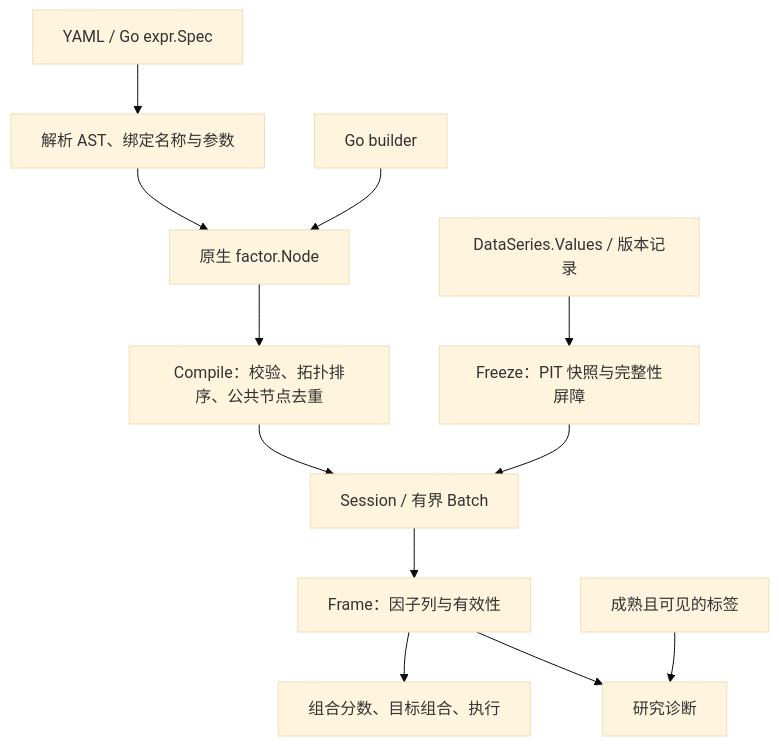
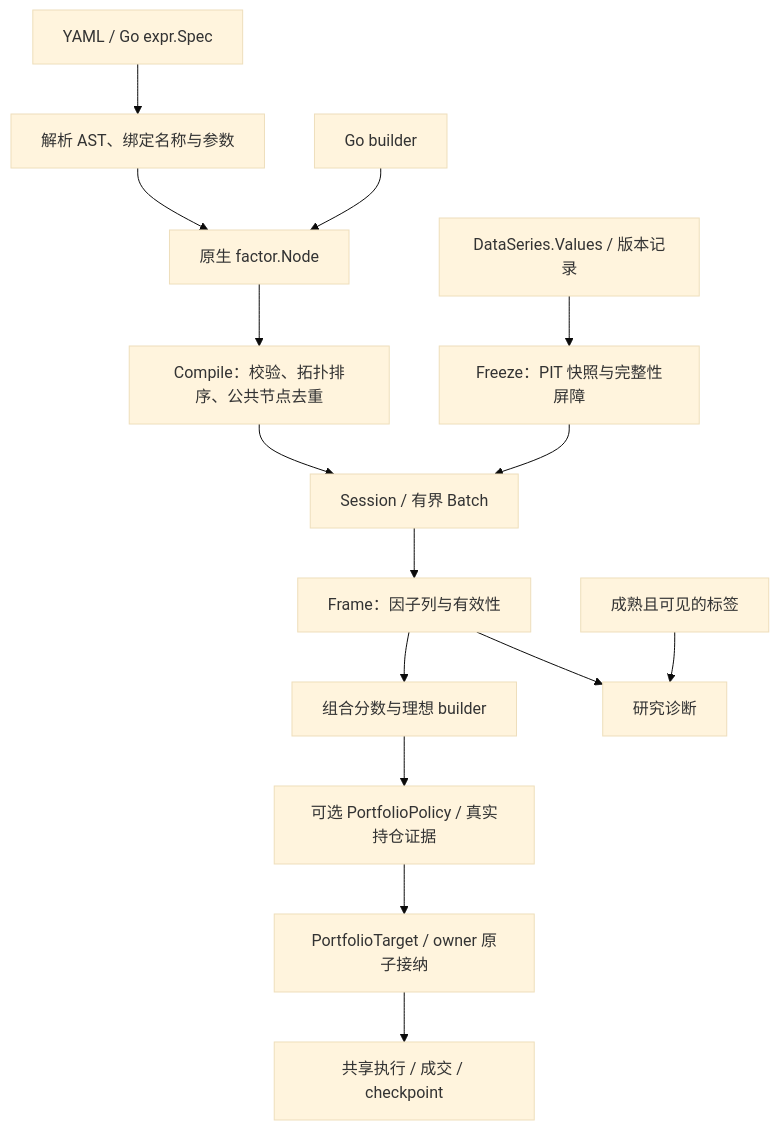
The diagram in doc/factor_expression_architecture.md (banbox/banbot), drawn with Mermaid (base theme) before and after one commit. The commit also changed other lines of this file and 79 other files, not shown here.

````diff
--- a/doc/factor_expression_architecture.md
+++ b/doc/factor_expression_architecture.md
@@ -12,14 +12,17 @@
 ```mermaid
 flowchart TD
     E[YAML / Go expr.Spec] --> A[解析 AST、绑定名称与参数]
     A --> N[原生 factor.Node]
     G[Go builder] --> N
     N --> P[Compile：校验、拓扑排序、公共节点去重]
     D[DataSeries.Values / 版本记录] --> S[Freeze：PIT 快照与完整性屏障]
     P --> X[Session / 有界 Batch]
     S --> X
     X --> F[Frame：因子列与有效性]
-    F --> C[组合分数、目标组合、执行]
+    F --> C[组合分数与理想 builder]
+    C --> H[可选 PortfolioPolicy / 真实持仓证据]
+    H --> T[PortfolioTarget / owner 原子接纳]
+    T --> O[共享执行 / 成交 / checkpoint]
     F --> R[研究诊断]
     L[成熟且可见的标签] --> R
 ```
````
